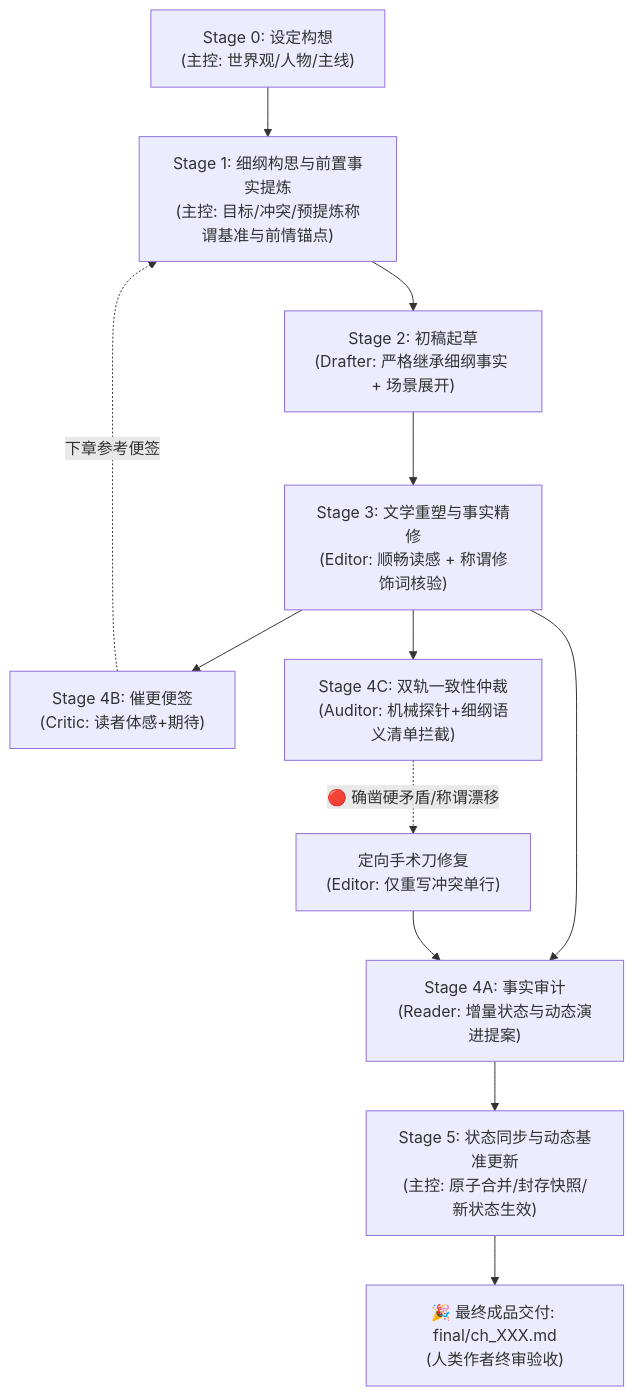
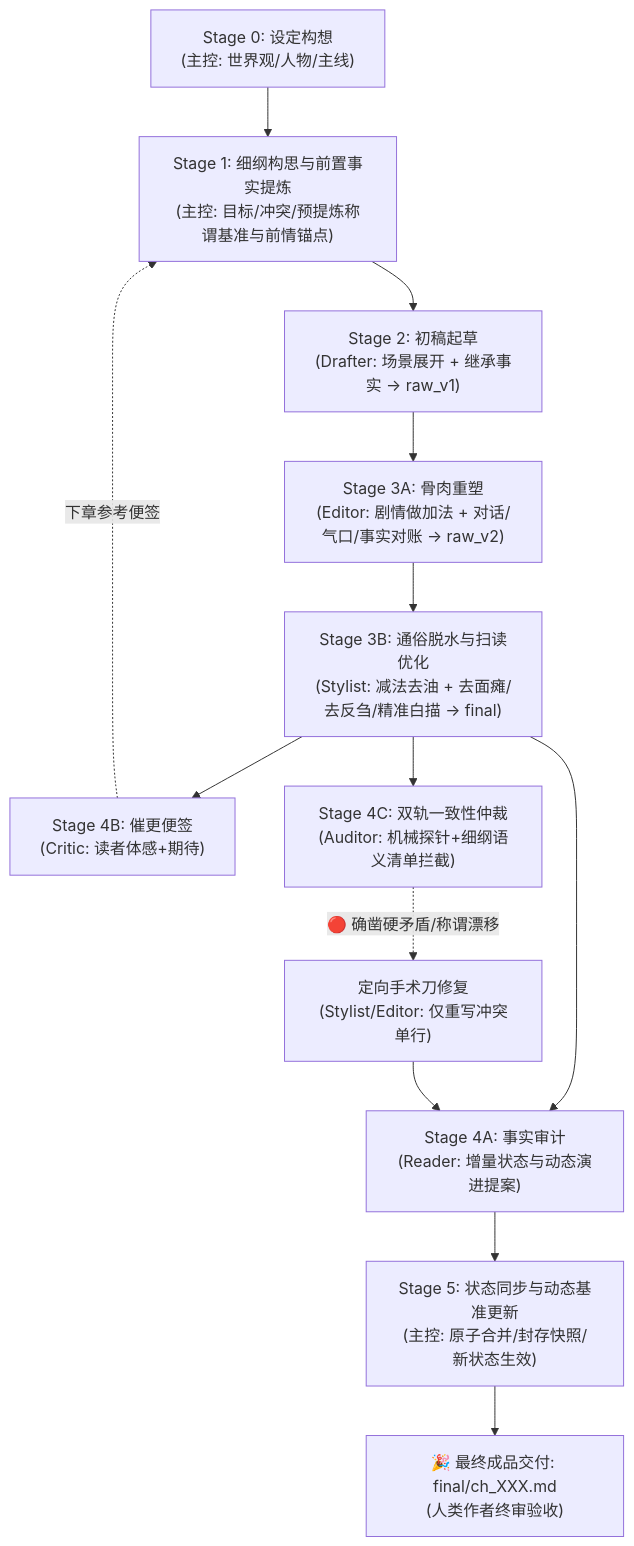
Before and after one commit to cg110902/NOVEL: the diagram in AGENTS.md, drawn with Mermaid. The commit also changed other lines of this file and 8 other files, not shown here.

````diff
--- a/AGENTS.md
+++ b/AGENTS.md
@@ -36,14 +41,15 @@
 ```mermaid
 graph TD
     S0["Stage 0: 设定构想<br/>(主控: 世界观/人物/主线)"] --> S1["Stage 1: 细纲构思与前置事实提炼<br/>(主控: 目标/冲突/预提炼称谓基准与前情锚点)"]
-    S1 --> S2["Stage 2: 初稿起草<br/>(Drafter: 严格继承细纲事实 + 场景展开)"]
-    S2 --> S3["Stage 3: 文学重塑与事实精修<br/>(Editor: 顺畅读感 + 称谓修饰词核验)"]
-    S3 --> S4A["Stage 4A: 事实审计<br/>(Reader: 增量状态与动态演进提案)"]
-    S3 --> S4B["Stage 4B: 催更便签<br/>(Critic: 读者体感+期待)"]
-    S3 --> S4C["Stage 4C: 双轨一致性仲裁<br/>(Auditor: 机械探针+细纲语义清单拦截)"]
-    S4C -. "🔴 确凿硬矛盾/称谓漂移" .-> S3Patch["定向手术刀修复<br/>(Editor: 仅重写冲突单行)"]
+    S1 --> S2["Stage 2: 初稿起草<br/>(Drafter: 场景展开 + 继承事实 -> raw_v1)"]
+    S2 --> S3A["Stage 3A: 骨肉重塑<br/>(Editor: 剧情做加法 + 对话/气口/事实对账 -> raw_v2)"]
+    S3A --> S3B["Stage 3B: 通俗脱水与扫读优化<br/>(Stylist: 减法去油 + 去面瘫/去反刍/精准白描 -> final)"]
+    S3B --> S4A["Stage 4A: 事实审计<br/>(Reader: 增量状态与动态演进提案)"]
+    S3B --> S4B["Stage 4B: 催更便签<br/>(Critic: 读者体感+期待)"]
+    S3B --> S4C["Stage 4C: 双轨一致性仲裁<br/>(Auditor: 机械探针+细纲语义清单拦截)"]
+    S4C -. "🔴 确凿硬矛盾/称谓漂移" .-> S3Patch["定向手术刀修复<br/>(Stylist/Editor: 仅重写冲突单行)"]
     S3Patch --> S4A
     S4A --> S5["Stage 5: 状态同步与动态基准更新<br/>(主控: 原子合并/封存快照/新状态生效)"]
     S4B -. "下章参考便签" .-> S1
     S5 --> S6["🎉 最终成品交付: final/ch_XXX.md<br/>(人类作者终审验收)"]
 ```
````
